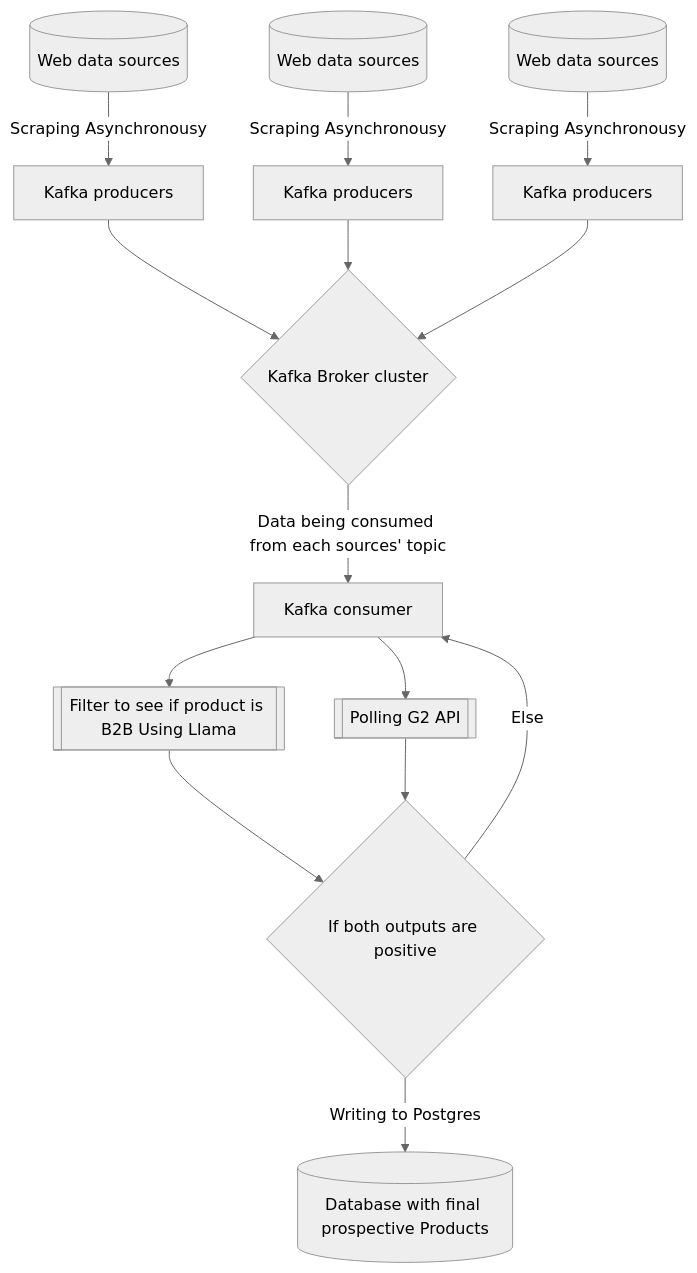
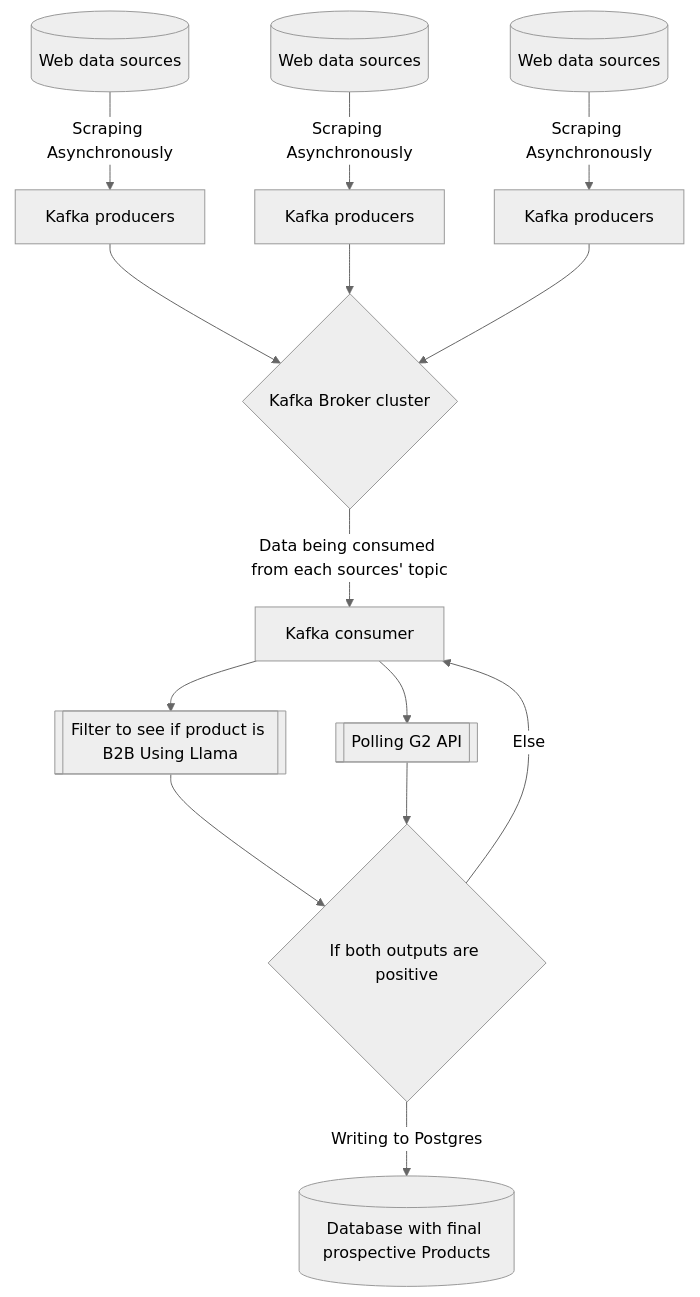
Before and after one commit to Blastemperor406/G2_P1_MD: the diagram in README.md, drawn with Mermaid (neutral theme).

````diff
--- a/README.md
+++ b/README.md
@@ -21,18 +21,18 @@
 ```mermaid
 graph TD;
   G{Kafka Broker cluster}
-  A[(Web data sources)] -->|Scraping Asynchronousy| C[Kafka producers];
-  B[(Web data sources)] -->|Scraping Asynchronousy| D[Kafka producers];
-  E[(Web data sources)] -->|Scraping Asynchronousy| F[Kafka producers];
+  A[(Web data sources)] -->|Scraping Asynchronously| C[Kafka producers];
+  B[(Web data sources)] -->|Scraping Asynchronously| D[Kafka producers];
+  E[(Web data sources)] -->|Scraping Asynchronously| F[Kafka producers];
   C --> G;
   D --> G;
   F --> G;
   G -->|Data being consumed from each sources' topic| H[Kafka consumer]
   H --> K[[Filter to see if product is B2B Using Llama]]
   K-->L
   J-->L
   L{If both outputs are positive}-->|Writing to Postgres| I[(Database with final prospective Products)]
   L -->|Else| H
   H --> J[[Polling G2 API]]
 
 ```
````
